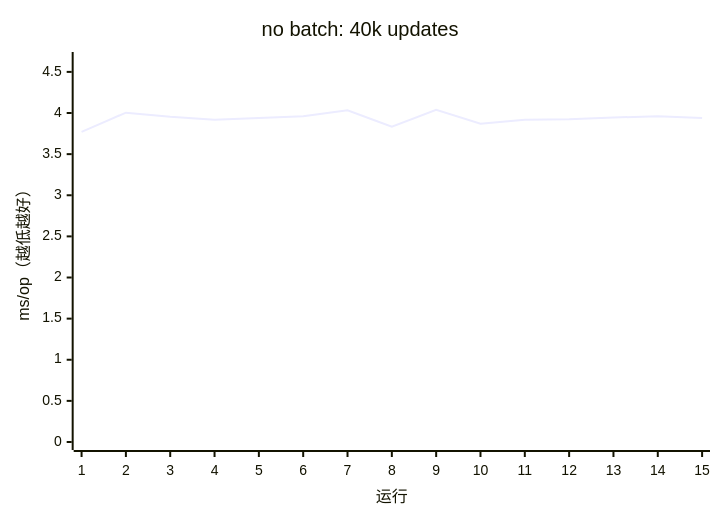
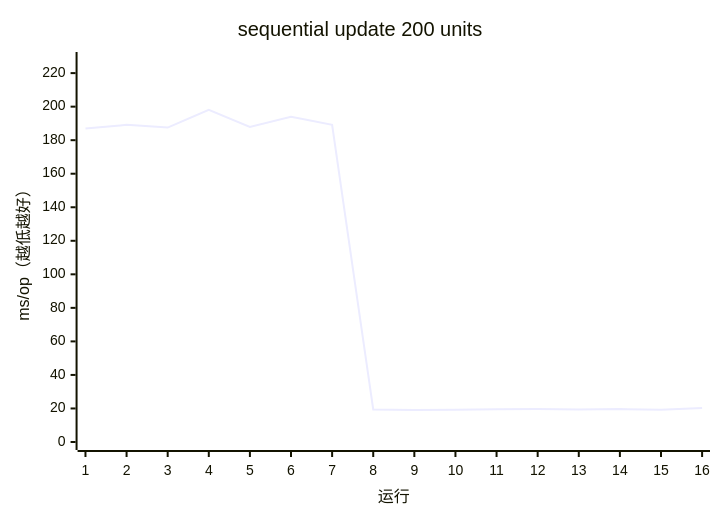
One commit to AIluffy/io changed the ninth of 17 diagrams in apps/docs/src/content/docs/guides/benchmark.mdx. Above: the diagram before and after it, drawn with Mermaid. The commit also changed other lines of this file and 25 other files, not shown here.

````diff
--- a/apps/docs/src/content/docs/guides/benchmark.mdx
+++ b/apps/docs/src/content/docs/guides/benchmark.mdx
@@ -313,7 +296,7 @@
 ```mermaid
 xychart-beta
-  title "no batch: 40k updates"
-  x-axis "运行" [1, 2, 3, 4, 5, 6, 7, 8, 9, 10, 11, 12, 13, 14, 15]
-  y-axis "ms/op（越低越好）" 0 --> 4.6446
-  line [3.7705, 4.0045, 3.9537, 3.919, 3.9399, 3.9601, 4.0328, 3.8328, 4.0388, 3.8705, 3.9188, 3.9234, 3.9458, 3.9604, 3.9385]
+  title "sequential update 200 units"
+  x-axis "运行" [1, 2, 3, 4, 5, 6, 7, 8, 9, 10, 11, 12, 13, 14, 15, 16]
+  y-axis "ms/op（越低越好）" 0 --> 227.822
+  line [186.9116, 189.1437, 187.5276, 198.1061, 187.8507, 193.992, 189.2093, 19.3745, 19.157, 19.247, 19.5097, 19.665, 19.4525, 19.6475, 19.1882, 20.3313]
 ```
````
